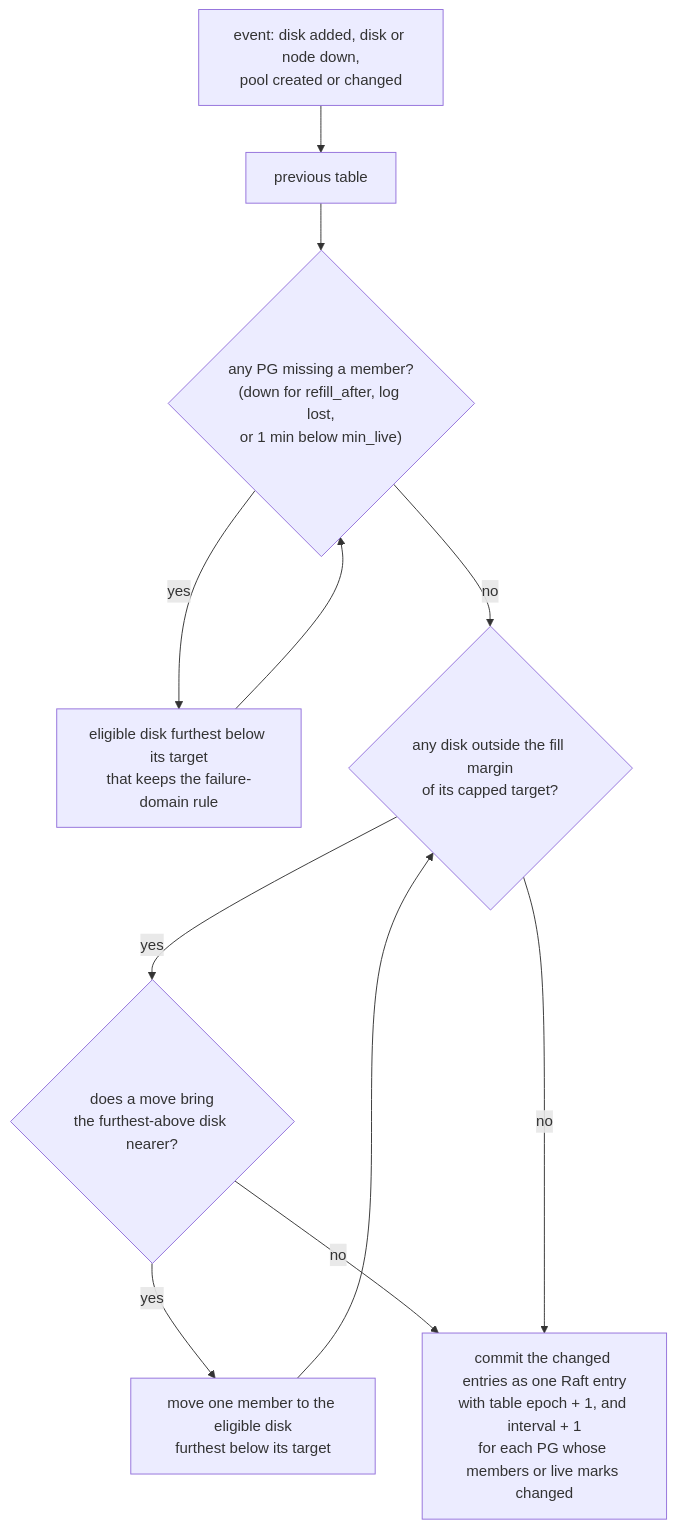
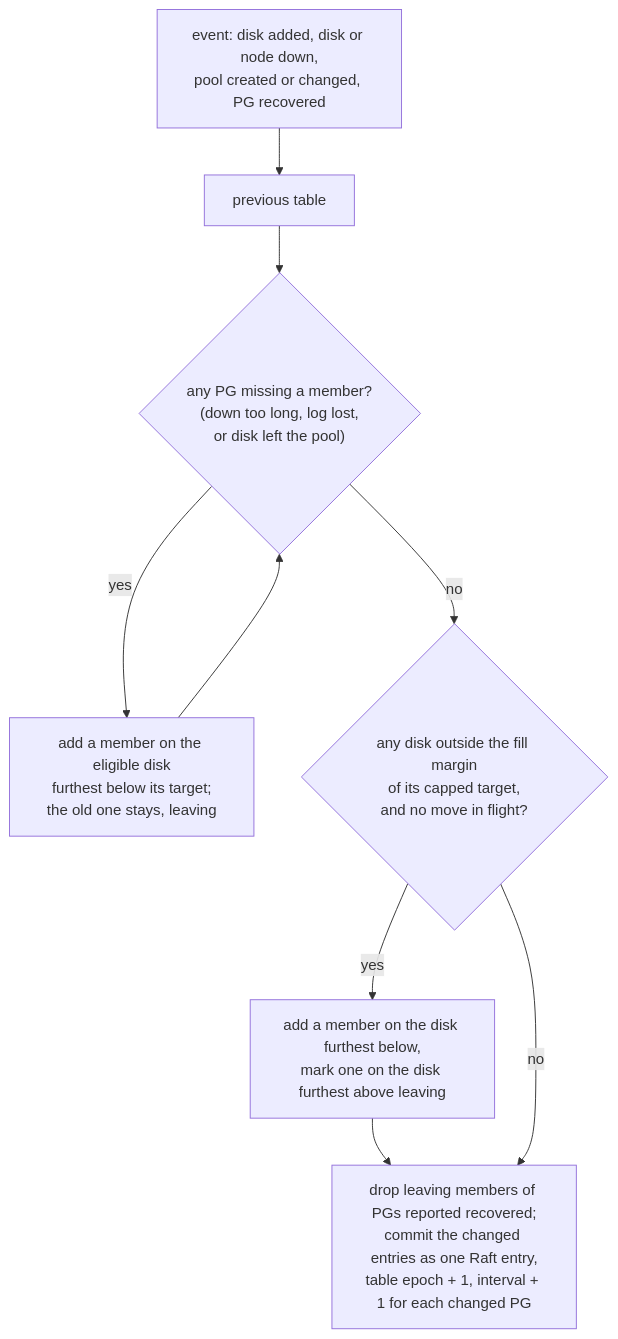
The third of 5 diagrams in blogs/02-chunks-and-placement.md (nvcnvn/rock-solid), drawn with Mermaid before and after one commit. The commit also changed other lines of this file, not shown here.

First line of the commit message:
blogs/02: tell the resend table, moves that add before they remove, and drop tunables

````diff
--- a/blogs/02-chunks-and-placement.md
+++ b/blogs/02-chunks-and-placement.md
@@ -416,13 +402,11 @@
 ```mermaid
 flowchart TD
-    E["event: disk added, disk or node down,<br/>pool created or changed"] --> S["previous table"]
-    S --> M{"any PG missing a member?<br/>(down for refill_after, log lost,<br/>or 1 min below min_live)"}
-    M -- "yes" --> R["eligible disk furthest below its target<br/>that keeps the failure-domain rule"]
+    E["event: disk added, disk or node down,<br/>pool created or changed, PG recovered"] --> S["previous table"]
+    S --> M{"any PG missing a member?<br/>(down too long, log lost,<br/>or disk left the pool)"}
+    M -- "yes" --> R["add a member on the eligible disk<br/>furthest below its target;<br/>the old one stays, leaving"]
     R --> M
-    M -- "no" --> B{"any disk outside the fill margin<br/>of its capped target?"}
-    B -- "yes" --> H{"does a move bring<br/>the furthest-above disk nearer?"}
-    H -- "yes" --> MV["move one member to the eligible disk<br/>furthest below its target"]
-    MV --> B
-    H -- "no" --> C
-    B -- "no" --> C["commit the changed entries as one Raft entry<br/>with table epoch + 1, and interval + 1<br/>for each PG whose members or live marks changed"]
+    M -- "no" --> B{"any disk outside the fill margin<br/>of its capped target,<br/>and no move in flight?"}
+    B -- "yes" --> MV["add a member on the disk furthest below,<br/>mark one on the disk furthest above leaving"]
+    MV --> C
+    B -- "no" --> C["drop leaving members of PGs reported recovered;<br/>commit the changed entries as one Raft entry,<br/>table epoch + 1, interval + 1 for each changed PG"]
 ```
````
